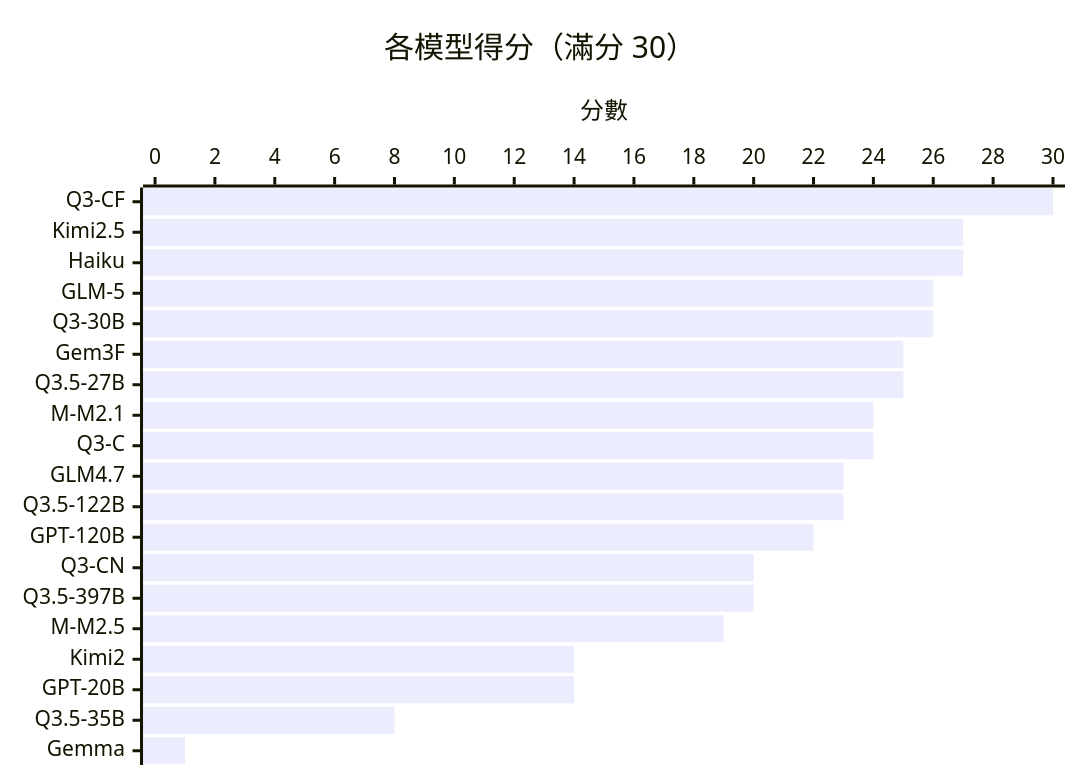
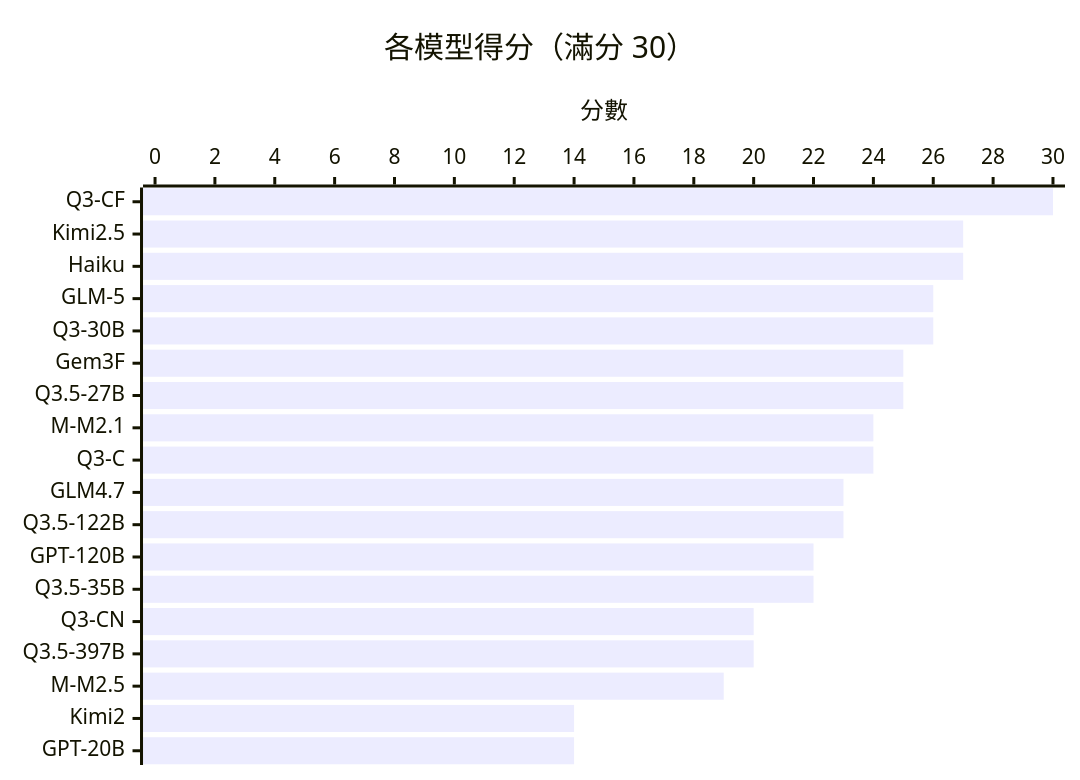
The first of 2 diagrams in README_zh.md (ywchiu/local_agentic_llm), drawn with Mermaid before and after one commit. The commit also changed other lines of this file and 1 other file, not shown here.

First line of the commit message:
docs: drop gemma-3-27b (no tool support), update qwen3.5-35b rerun (8→22)

````diff
--- a/README_zh.md
+++ b/README_zh.md
@@ -9,7 +9,7 @@
 ```mermaid
 xychart-beta horizontal
     title "各模型得分（滿分 30）"
-    x-axis ["Q3-CF", "Kimi2.5", "Haiku", "GLM-5", "Q3-30B", "Gem3F", "Q3.5-27B", "M-M2.1", "Q3-C", "GLM4.7", "Q3.5-122B", "GPT-120B", "Q3-CN", "Q3.5-397B", "M-M2.5", "Kimi2", "GPT-20B", "Q3.5-35B", "Gemma"]
+    x-axis ["Q3-CF", "Kimi2.5", "Haiku", "GLM-5", "Q3-30B", "Gem3F", "Q3.5-27B", "M-M2.1", "Q3-C", "GLM4.7", "Q3.5-122B", "GPT-120B", "Q3.5-35B", "Q3-CN", "Q3.5-397B", "M-M2.5", "Kimi2", "GPT-20B"]
     y-axis "分數" 0 --> 30
-    bar [30, 27, 27, 26, 26, 25, 25, 24, 24, 23, 23, 22, 20, 20, 19, 14, 14, 8, 1]
+    bar [30, 27, 27, 26, 26, 25, 25, 24, 24, 23, 23, 22, 22, 20, 20, 19, 14, 14]
 ```
````
